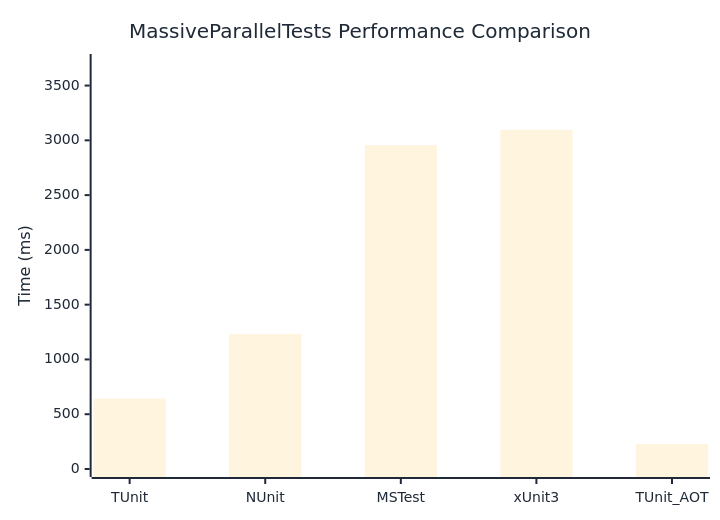
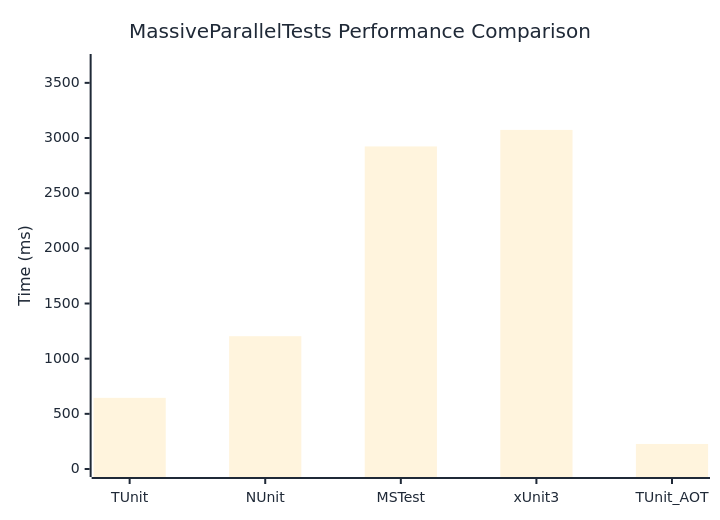
The diagram in docs/docs/benchmarks/MassiveParallelTests.md (thomhurst/TUnit), drawn with Mermaid before and after one commit. The commit also changed other lines of this file and 17 other files, not shown here.

````diff
--- a/docs/docs/benchmarks/MassiveParallelTests.md
+++ b/docs/docs/benchmarks/MassiveParallelTests.md
@@ -27,37 +27,37 @@
 ```mermaid
 %%{init: {
   'theme':'base',
   'themeVariables': {
     'primaryColor': '#2563eb',
     'primaryTextColor': '#1f2937',
     'primaryBorderColor': '#1e40af',
     'lineColor': '#6b7280',
     'secondaryColor': '#7c3aed',
     'tertiaryColor': '#dc2626',
     'background': '#ffffff',
     'mainBkg': '#2563eb',
     'secondBkg': '#7c3aed',
     'tertiaryBkg': '#dc2626',
     'clusterBkg': '#f3f4f6',
     'edgeLabelBackground': '#ffffff',
     'tertiaryTextColor': '#1f2937',
     'pie1': '#2563eb',
     'pie2': '#7c3aed',
     'pie3': '#dc2626',
     'pie4': '#f59e0b',
     'pie5': '#10b981',
     'pie6': '#06b6d4',
     'pie7': '#ec4899',
     'pie8': '#6366f1',
     'pie9': '#84cc16',
     'pie10': '#f97316',
     'pie11': '#14b8a6',
     'pie12': '#a855f7'
   }
 }}%%
 xychart-beta
   title "MassiveParallelTests Performance Comparison"
   x-axis ["TUnit", "NUnit", "MSTest", "xUnit3", "TUnit_AOT"]
-  y-axis "Time (ms)" 0 --> 3715
-  bar [642.9, 1231.2, 2956, 3095.3, 227]
+  y-axis "Time (ms)" 0 --> 3689
+  bar [644.8, 1203.9, 2923.8, 3073.5, 227]
 ```
````
